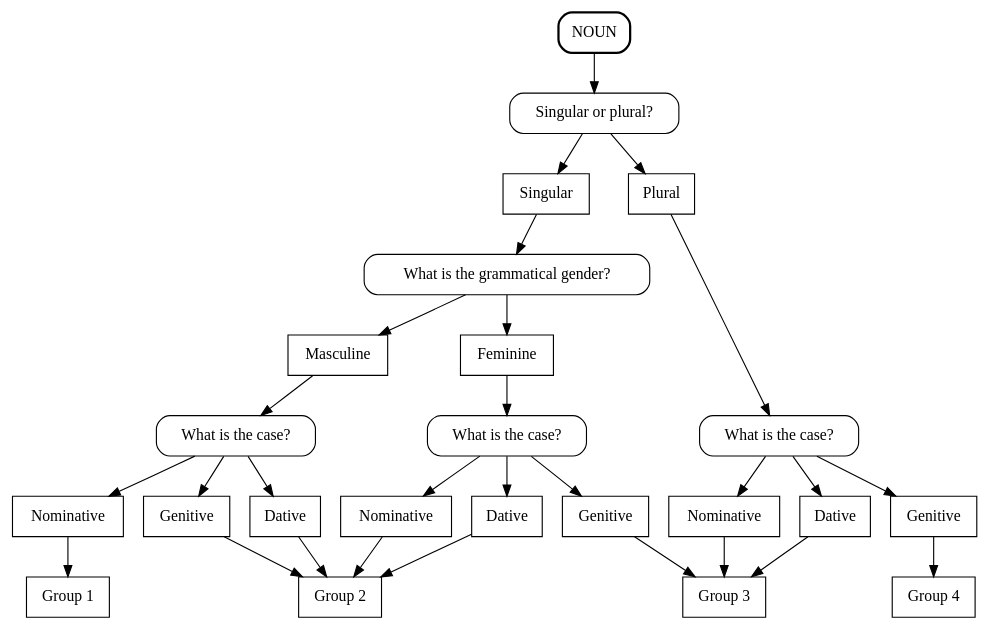
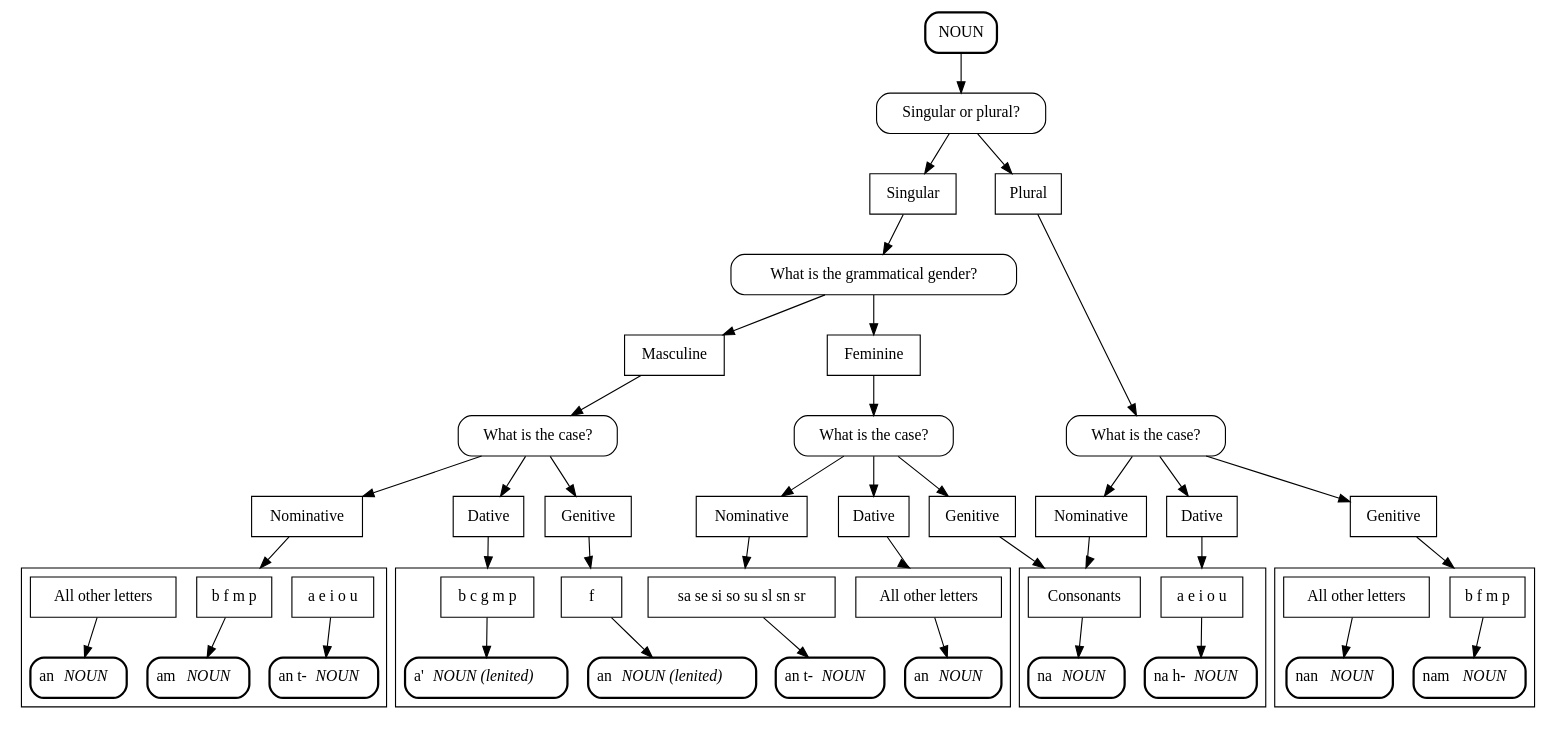
One commit to ComputationalGaelic/GaelicDiagrams changed the diagram in gaelic_diagrams/nouns/definite_article.dot. Above: the diagram before and after it, drawn with Graphviz.

Commit message:
definite article

```diff
--- a/gaelic_diagrams/nouns/definite_article.dot
+++ b/gaelic_diagrams/nouns/definite_article.dot
@@ -1,67 +1,110 @@
 digraph definite_article {
+	graph[compound=true];
 	node [shape = box];
+	rankdir=TB;
 	/* nodes */
 	START					[label="NOUN", style="rounded, bold"];
 	number					[label="Singular or plural?", style="rounded"];
 	singular				[label="Singular"];
 	plural					[label="Plural"];
 	gender					[label="What is the grammatical gender?", style="rounded"];
 	/* feminine nodes */
 	feminine				[label="Feminine"];
 	case_f					[label="What is the case?", style="rounded"];
 	nominative_f			[label="Nominative"];
 	dative_f				[label="Dative"];
 	genitive_f				[label="Genitive"];
 	/* masculine nodes */
 	masculine				[label="Masculine"];
 	case_m					[label="What is the case?", style="rounded"];
 	nominative_m			[label="Nominative"];
 	dative_m				[label="Dative"];
 	genitive_m				[label="Genitive"];
 	/* plural nodes */
 	case_p					[label="What is the case?", style="rounded"];
 	nominative_p			[label="Nominative"];
 	dative_p				[label="Dative"];
 	genitive_p				[label="Genitive"];
 	/* groups */
-	group_1					[label="Group 1"];
-	group_2					[label="Group 2"];
-	group_3					[label="Group 3"];
-	group_4					[label="Group 4"];
+	subgraph cluster_0 {
+		vowel_group_1		[label="a e i o u"];
+		ant_group_1			[label=<an t-<i>NOUN</i>>, style="rounded, bold"];
+		bfmp_group_1		[label="b f m p"];
+		am_group_1			[label=<am <i>NOUN</i>>, style="rounded, bold"];
+		others_group_1		[label="All other letters"];
+		an_group_1			[label=<an <i>NOUN</i>>, style="rounded, bold"];
+
+		vowel_group_1 -> ant_group_1;
+		bfmp_group_1 -> am_group_1;
+		others_group_1 -> an_group_1;
+	}
+	subgraph cluster_1 {
+		bcgmp_group_2		[label="b c g m p"];
+		a_group_2			[label=<a' <i>NOUN (lenited)</i>>, style="rounded, bold"];
+		f_group_2			[label="f"];
+		anf_group_2			[label=<an <i>NOUN (lenited)</i>>, style="rounded, bold"];
+		s_group_2			[label="sa se si so su sl sn sr"];
+		ant_group_2			[label=<an t-<i>NOUN</i>>, style="rounded, bold"];
+		others_group_2		[label="All other letters"];
+		an_group_2			[label=<an <i>NOUN</i>>, style="rounded, bold"];
+
+		bcgmp_group_2 -> a_group_2;
+		f_group_2 -> anf_group_2;
+		s_group_2 -> ant_group_2;
+		others_group_2 -> an_group_2;
+	}
+	subgraph cluster_2 {
+		consonants_group_3	[label="Consonants"];
+		na_group_3			[label=<na <i>NOUN</i>>, style="rounded, bold"];
+		vowel_group_3		[label="a e i o u"];
+		nah_group_3			[label=<na h-<i>NOUN</i>>, style="rounded, bold"];
+
+		consonants_group_3 -> na_group_3;
+		vowel_group_3 -> nah_group_3;
+	}
+	subgraph cluster_3 {
+		bfmp_group_4		[label="b f m p"];
+		nam_group_4			[label=<nam <i>NOUN</i>>, style="rounded, bold"];
+		others_group_4		[label="All other letters"];
+		nan_group_4			[label=<nan <i>NOUN</i>>, style="rounded, bold"];
+
+		bfmp_group_4 -> nam_group_4;
+		others_group_4 -> nan_group_4;
+	}
 
 	/* graph */
 	START -> number;
 	number -> singular;
 	number -> plural;
 	/* singular */
 	singular -> gender;
 	plural -> case_p;
 	case_p -> nominative_p;
 	case_p -> dative_p;
 	case_p -> genitive_p;
-	nominative_p -> group_3;
-	dative_p -> group_3;
-	genitive_p -> group_4;
+	nominative_p -> consonants_group_3 [lhead=cluster_2];
+	dative_p -> vowel_group_3 [lhead=cluster_2];
+	genitive_p -> bfmp_group_4 [lhead=cluster_3];
 	/* feminine */
 	gender -> feminine;
 	feminine -> case_f;
 	case_f -> nominative_f;
 	case_f -> dative_f;
 	case_f -> genitive_f;
-	nominative_f -> group_2;
-	dative_f -> group_2;
-	genitive_f -> group_3;
+	nominative_f -> s_group_2 [lhead=cluster_1];
+	dative_f -> others_group_2 [lhead=cluster_1];
+	genitive_f -> consonants_group_3 [lhead=cluster_2];
 	/* masculine */
 	gender -> masculine;
 	masculine -> case_m;
 	case_m -> nominative_m;
 	case_m -> dative_m;
 	case_m -> genitive_m;
-	nominative_m -> group_1;
-	dative_m -> group_2;
-	genitive_m -> group_2;
+	nominative_m -> bfmp_group_1 [lhead=cluster_0];
+	dative_m -> bcgmp_group_2 [lhead=cluster_1];
+	genitive_m -> f_group_2 [lhead=cluster_1];
 	/* layout */
 	{rank=same; singular, plural}
 	{rank=same; feminine, masculine}
 	{rank=same; case_m, case_f, case_p}
 }
```
